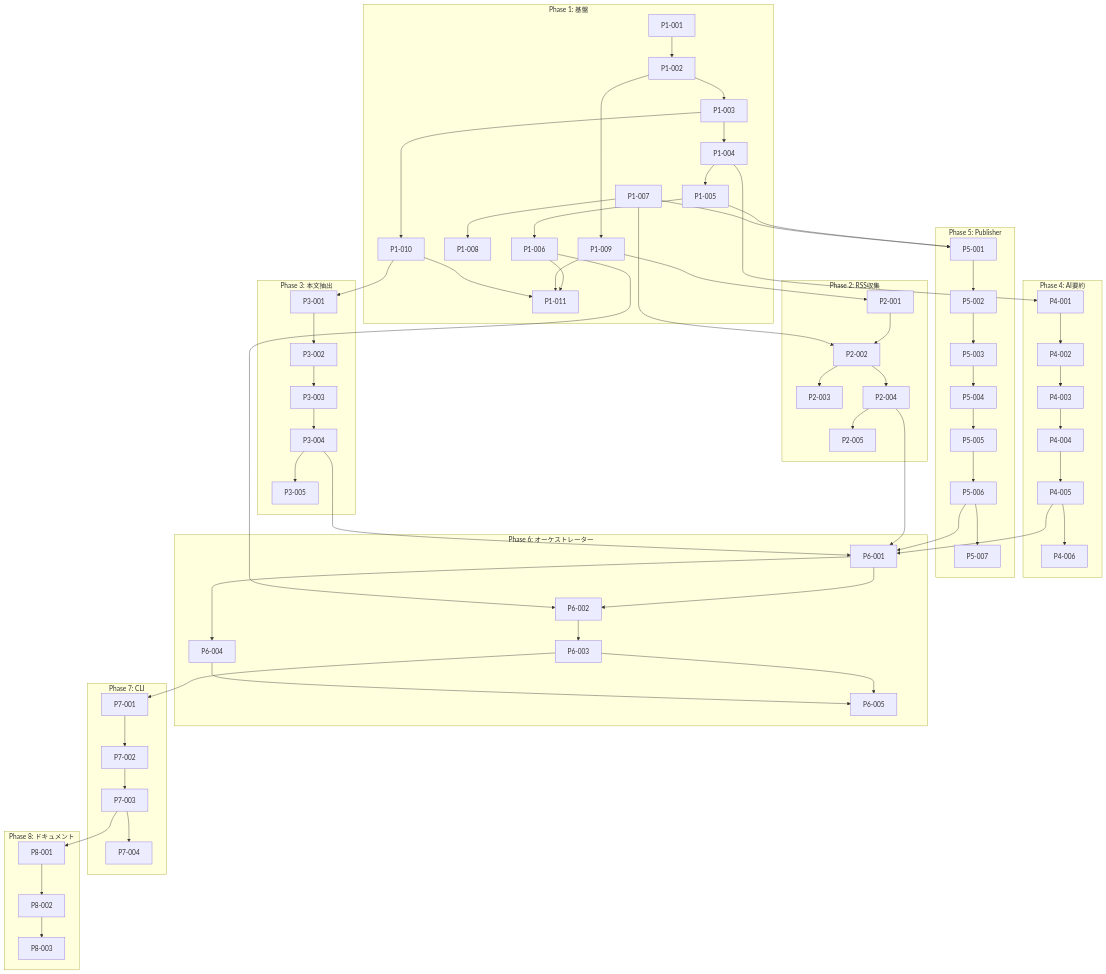
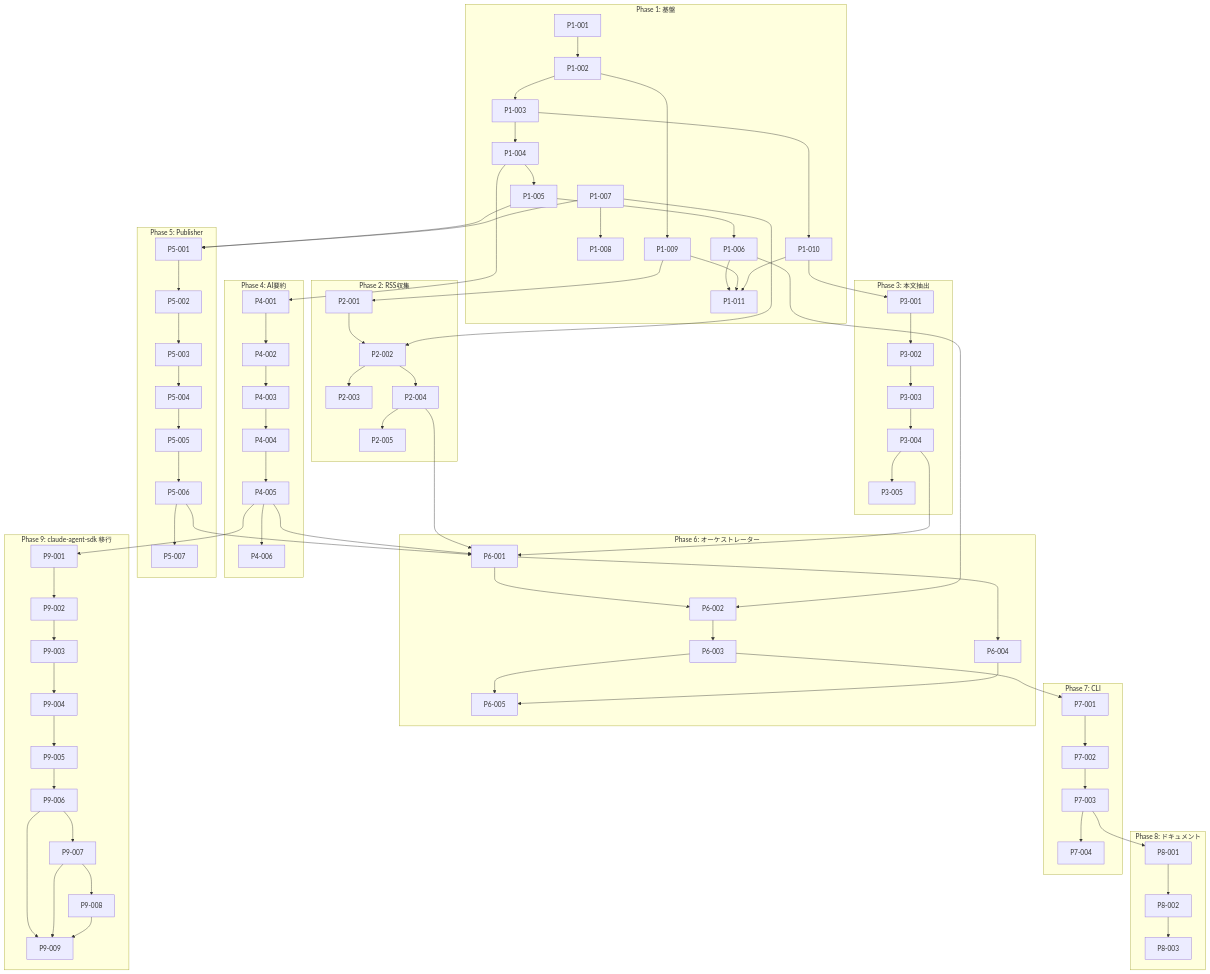
One commit to YH-05/finance changed the diagram in docs/project/project-27/tasks/README.md. Above: the diagram before and after it, drawn with Mermaid. The commit also changed other lines of this file and 10 other files, not shown here.

First line of the commit message:
docs(project-27): claude-agent-sdk移行計画を追加

````diff
--- a/docs/project/project-27/tasks/README.md
+++ b/docs/project/project-27/tasks/README.md
@@ -98,44 +112,50 @@
 ```mermaid
 graph TD
     subgraph Phase1[Phase 1: 基盤]
         P1-001 --> P1-002 --> P1-003 --> P1-004 --> P1-005 --> P1-006
         P1-007 --> P1-008
         P1-002 --> P1-009
         P1-003 --> P1-010
         P1-006 & P1-009 & P1-010 --> P1-011
     end
 
     subgraph Phase2[Phase 2: RSS収集]
         P1-009 --> P2-001 --> P2-002
         P1-007 --> P2-002
         P2-002 --> P2-003 & P2-004
         P2-004 --> P2-005
     end
 
     subgraph Phase3[Phase 3: 本文抽出]
         P1-010 --> P3-001 --> P3-002 --> P3-003 --> P3-004 --> P3-005
     end
 
     subgraph Phase4[Phase 4: AI要約]
         P1-004 --> P4-001 --> P4-002 --> P4-003 --> P4-004 --> P4-005 --> P4-006
     end
 
     subgraph Phase5[Phase 5: Publisher]
         P1-005 & P1-007 --> P5-001 --> P5-002 --> P5-003 --> P5-004 --> P5-005 --> P5-006 --> P5-007
     end
 
     subgraph Phase6[Phase 6: オーケストレーター]
         P2-004 & P3-004 & P4-005 & P5-006 --> P6-001
         P6-001 & P1-006 --> P6-002 --> P6-003
         P6-001 --> P6-004
         P6-003 & P6-004 --> P6-005
     end
 
     subgraph Phase7[Phase 7: CLI]
         P6-003 --> P7-001 --> P7-002 --> P7-003 --> P7-004
     end
 
     subgraph Phase8[Phase 8: ドキュメント]
         P7-003 --> P8-001 --> P8-002 --> P8-003
     end
+
+    subgraph Phase9[Phase 9: claude-agent-sdk 移行]
+        P4-005 --> P9-001 --> P9-002 --> P9-003 --> P9-004 --> P9-005 --> P9-006
+        P9-006 --> P9-007 --> P9-008
+        P9-006 & P9-007 & P9-008 --> P9-009
+    end
 ```
````
